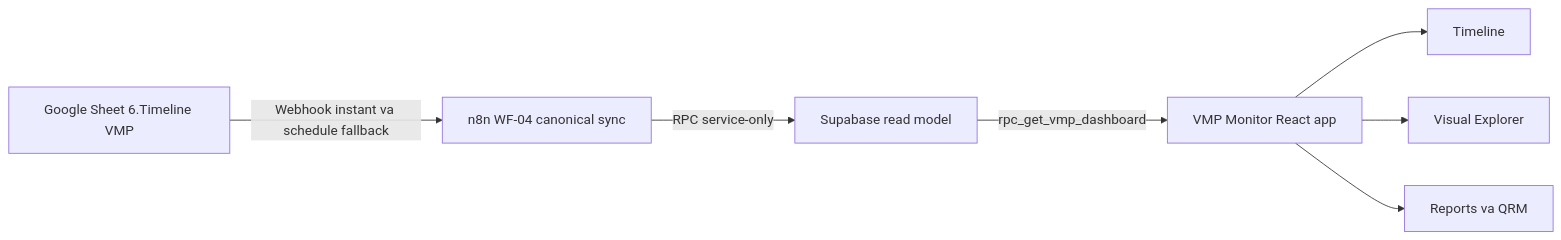
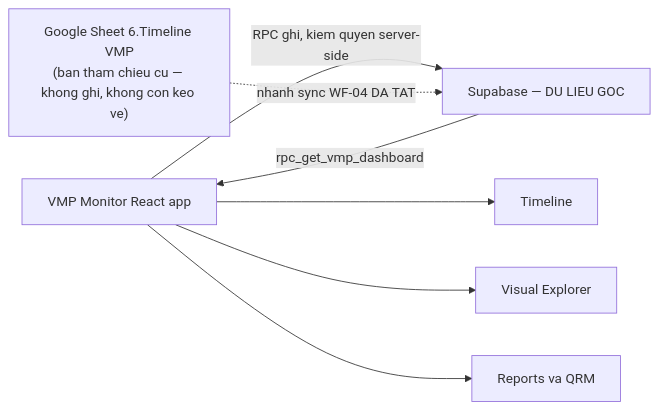
One commit to tienhoandhd-droid/naniVMP changed the diagram in README.md. Above: the diagram before and after it, drawn with Mermaid. The commit also changed other lines of this file and 3 other files, not shown here.

First line of the commit message:
docs: chốt Supabase là dữ liệu gốc, gỡ hết chỗ còn nói Sheet là canonical

````diff
--- a/README.md
+++ b/README.md
@@ -24,9 +24,9 @@
 ```mermaid
 flowchart LR
-  Sheet["Google Sheet 6.Timeline VMP"] -->|"Webhook instant va schedule fallback"| N8N["n8n WF-04 canonical sync"]
-  N8N -->|"RPC service-only"| Supabase["Supabase read model"]
-  Supabase -->|"rpc_get_vmp_dashboard"| App["VMP Monitor React app"]
+  App["VMP Monitor React app"] -->|"RPC ghi, kiem quyen server-side"| Supabase["Supabase — DU LIEU GOC"]
+  Supabase -->|"rpc_get_vmp_dashboard"| App
   App --> Timeline["Timeline"]
   App --> Diagram["Visual Explorer"]
   App --> Reports["Reports va QRM"]
+  Sheet["Google Sheet 6.Timeline VMP<br/>(ban tham chieu cu — khong ghi, khong con keo ve)"] -.->|"nhanh sync WF-04 DA TAT"| Supabase
 ```
````
